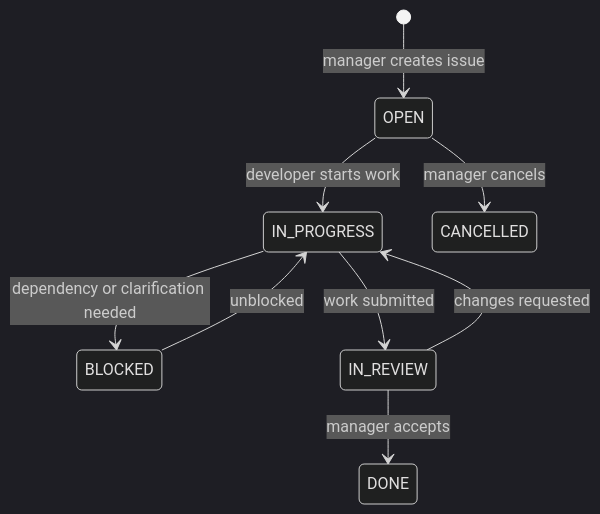
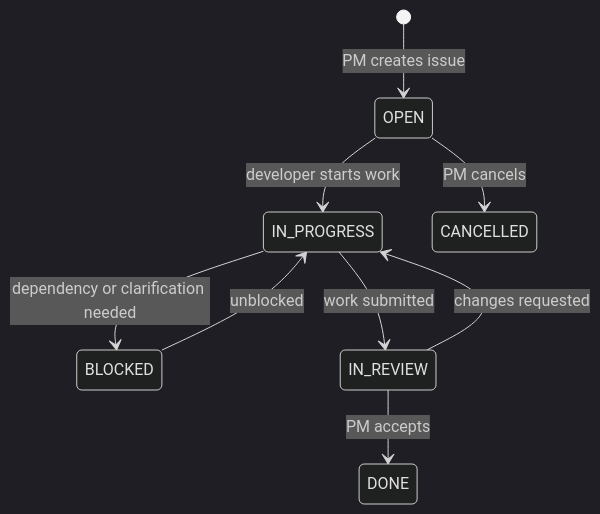
The third of 3 diagrams in docs/architecture/c4-model.md (MARKUCI14/teamFlow), drawn with Mermaid (dark theme) before and after one commit. The commit also changed other lines of this file and 36 other files, not shown here.

````diff
--- a/docs/architecture/c4-model.md
+++ b/docs/architecture/c4-model.md
@@ -48,11 +45,11 @@
 ```mermaid
 stateDiagram-v2
-  [*] --> OPEN: manager creates issue
+  [*] --> OPEN: PM creates issue
   OPEN --> IN_PROGRESS: developer starts work
   IN_PROGRESS --> BLOCKED: dependency or clarification needed
   BLOCKED --> IN_PROGRESS: unblocked
   IN_PROGRESS --> IN_REVIEW: work submitted
-  IN_REVIEW --> DONE: manager accepts
+  IN_REVIEW --> DONE: PM accepts
   IN_REVIEW --> IN_PROGRESS: changes requested
-  OPEN --> CANCELLED: manager cancels
+  OPEN --> CANCELLED: PM cancels
 ```
````
